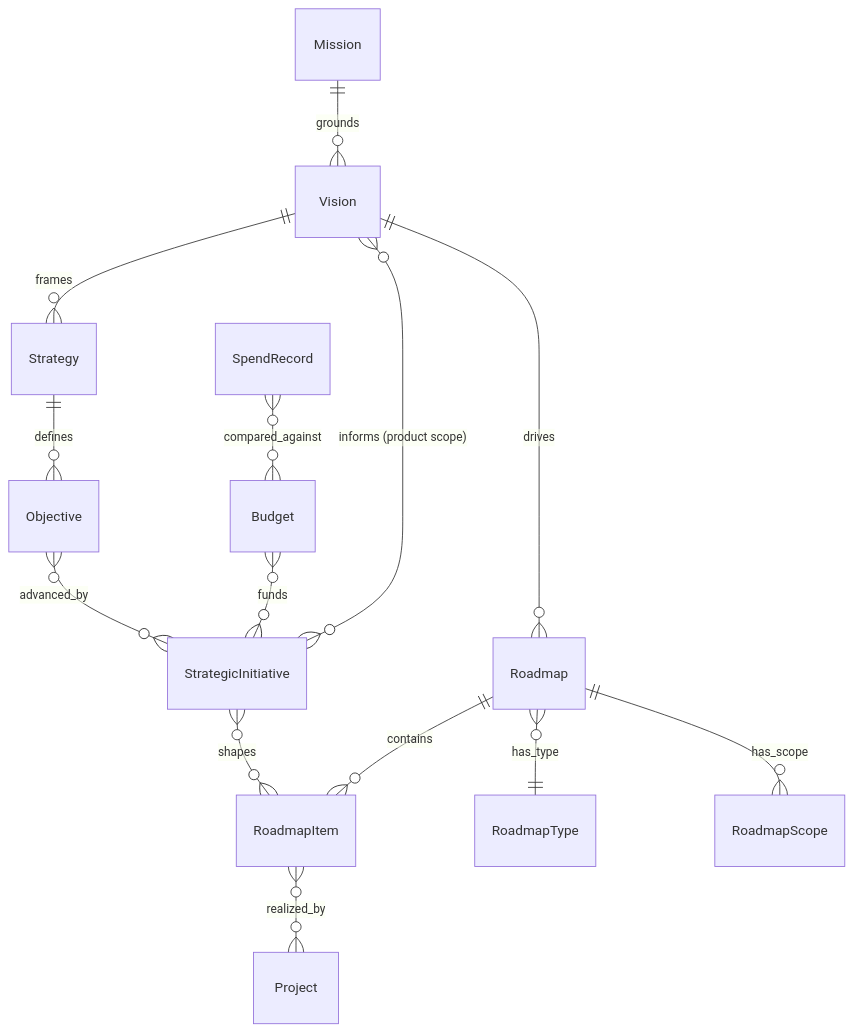
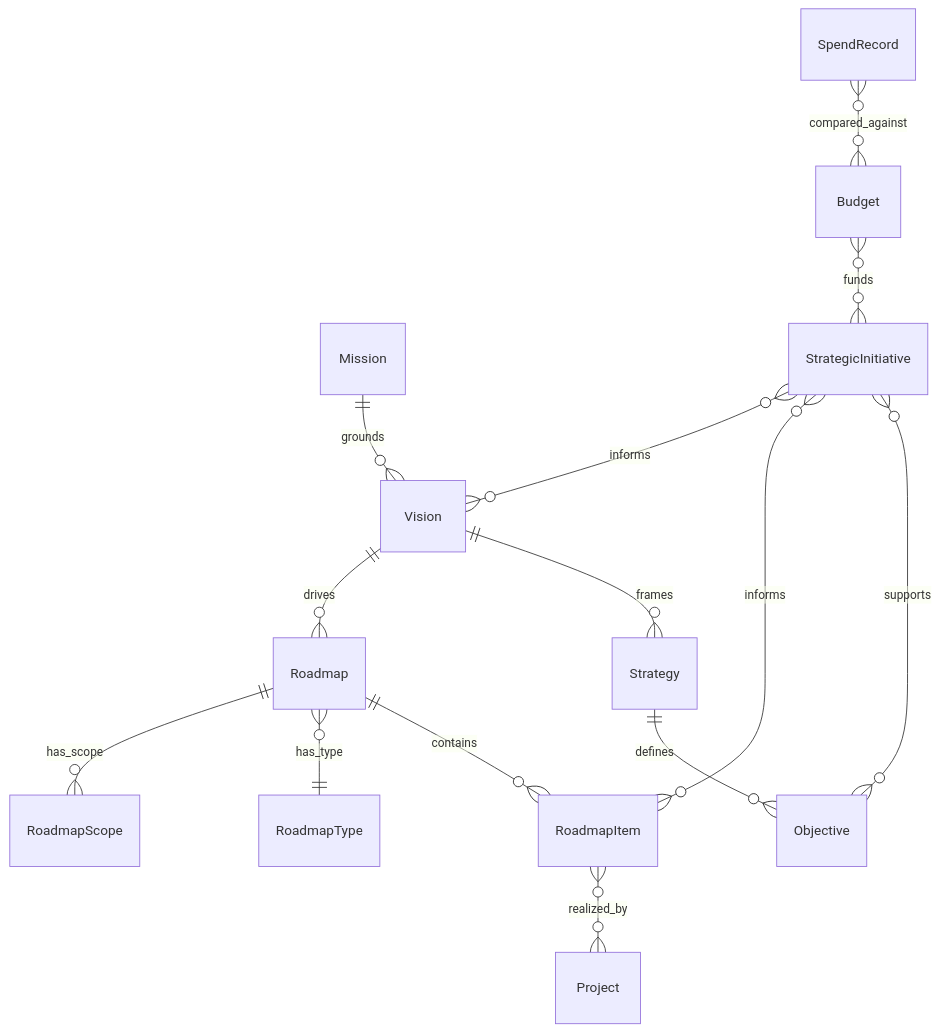
The third of 12 diagrams in SOFTWARE_ORGANIZATION_DOMAIN_MODEL.md (maxvydrin/vision), drawn with Mermaid before and after one commit. The commit also changed other lines of this file and 3 other files, not shown here.

````diff
--- a/SOFTWARE_ORGANIZATION_DOMAIN_MODEL.md
+++ b/SOFTWARE_ORGANIZATION_DOMAIN_MODEL.md
@@ -160,16 +186,16 @@
 ```mermaid
 erDiagram
     Mission ||--o{ Vision : "grounds"
     Vision ||--o{ Strategy : "frames"
     Strategy ||--o{ Objective : "defines"
-    Objective }o--o{ StrategicInitiative : "advanced_by"
-    StrategicInitiative }o--o{ RoadmapItem : "shapes"
-    StrategicInitiative }o--o{ Vision : "informs (product scope)"
+    StrategicInitiative }o--o{ Objective : "supports"
+    StrategicInitiative }o--o{ RoadmapItem : "informs"
+    StrategicInitiative }o--o{ Vision : "informs"
     Vision ||--o{ Roadmap : "drives"
     Roadmap ||--o{ RoadmapItem : "contains"
     Roadmap }o--|| RoadmapType : "has_type"
     Roadmap ||--o{ RoadmapScope : "has_scope"
     RoadmapItem }o--o{ Project : "realized_by"
     Budget }o--o{ StrategicInitiative : "funds"
     SpendRecord }o--o{ Budget : "compared_against"
 ```
````
